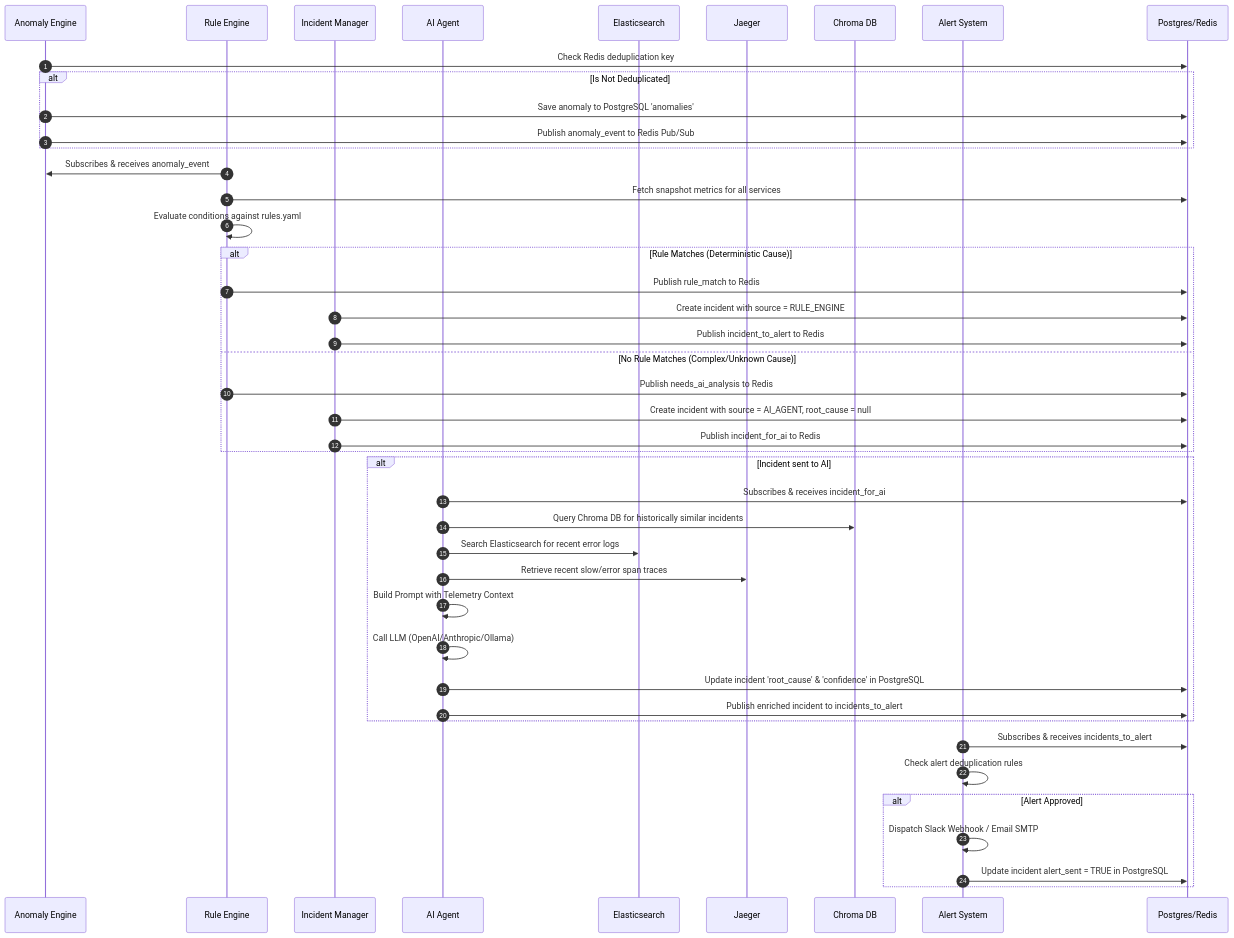
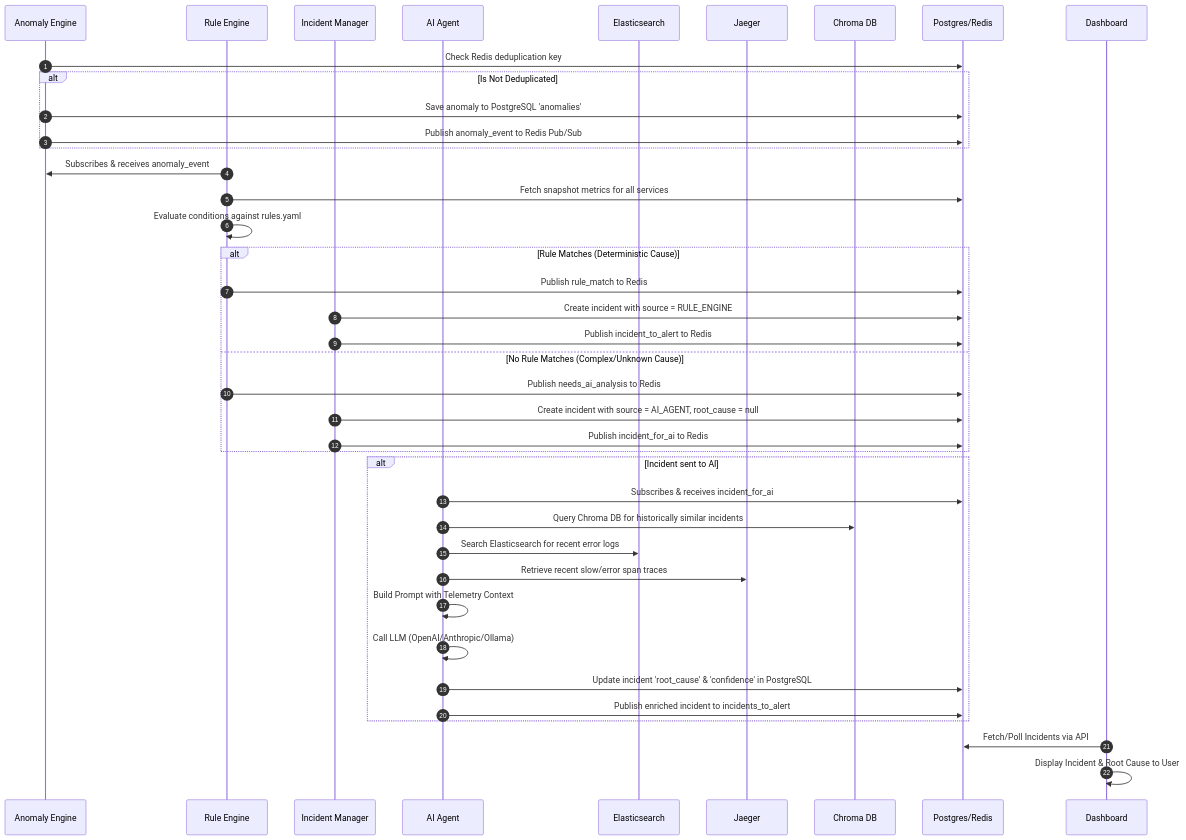
The second of 2 diagrams in implementation_guide.md (sunoy2004/Rootly-AI), drawn with Mermaid before and after one commit. The commit also changed other lines of this file and 8 other files, not shown here.

````diff
--- a/implementation_guide.md
+++ b/implementation_guide.md
@@ -133,50 +130,46 @@
 ```mermaid
 sequenceDiagram
     autonumber
     participant AE as Anomaly Engine
     participant RE as Rule Engine
     participant IM as Incident Manager
     participant AI as AI Agent
     participant ES as Elasticsearch
     participant JG as Jaeger
     participant CH as Chroma DB
-    participant AS as Alert System
     participant DB as Postgres/Redis
+    participant UI as Dashboard
 
     AE->>DB: Check Redis deduplication key
     alt Is Not Deduplicated
         AE->>DB: Save anomaly to PostgreSQL 'anomalies'
         AE->>DB: Publish anomaly_event to Redis Pub/Sub
     end
 
     RE->>AE: Subscribes & receives anomaly_event
     RE->>DB: Fetch snapshot metrics for all services
     RE->>RE: Evaluate conditions against rules.yaml
     alt Rule Matches (Deterministic Cause)
         RE->>DB: Publish rule_match to Redis
         IM->>DB: Create incident with source = RULE_ENGINE
         IM->>DB: Publish incident_to_alert to Redis
     else No Rule Matches (Complex/Unknown Cause)
         RE->>DB: Publish needs_ai_analysis to Redis
         IM->>DB: Create incident with source = AI_AGENT, root_cause = null
         IM->>DB: Publish incident_for_ai to Redis
     end
 
     alt Incident sent to AI
         AI->>DB: Subscribes & receives incident_for_ai
         AI->>CH: Query Chroma DB for historically similar incidents
         AI->>ES: Search Elasticsearch for recent error logs
         AI->>JG: Retrieve recent slow/error span traces
         AI->>AI: Build Prompt with Telemetry Context
         AI->>AI: Call LLM (OpenAI/Anthropic/Ollama)
         AI->>DB: Update incident 'root_cause' & 'confidence' in PostgreSQL
         AI->>DB: Publish enriched incident to incidents_to_alert
     end
 
-    AS->>DB: Subscribes & receives incidents_to_alert
-    AS->>AS: Check alert deduplication rules
-    alt Alert Approved
-        AS->>AS: Dispatch Slack Webhook / Email SMTP
-        AS->>DB: Update incident alert_sent = TRUE in PostgreSQL
-    end
+    UI->>DB: Fetch/Poll Incidents via API
+    UI->>UI: Display Incident & Root Cause to User
 ```
````
